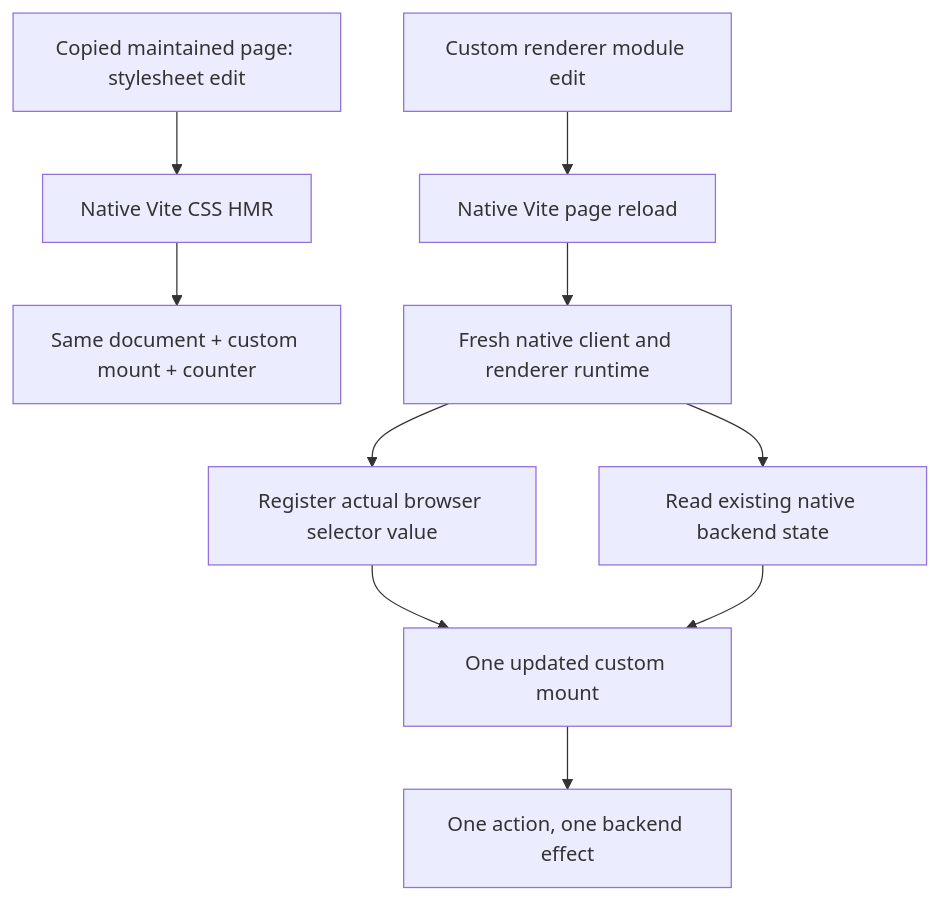
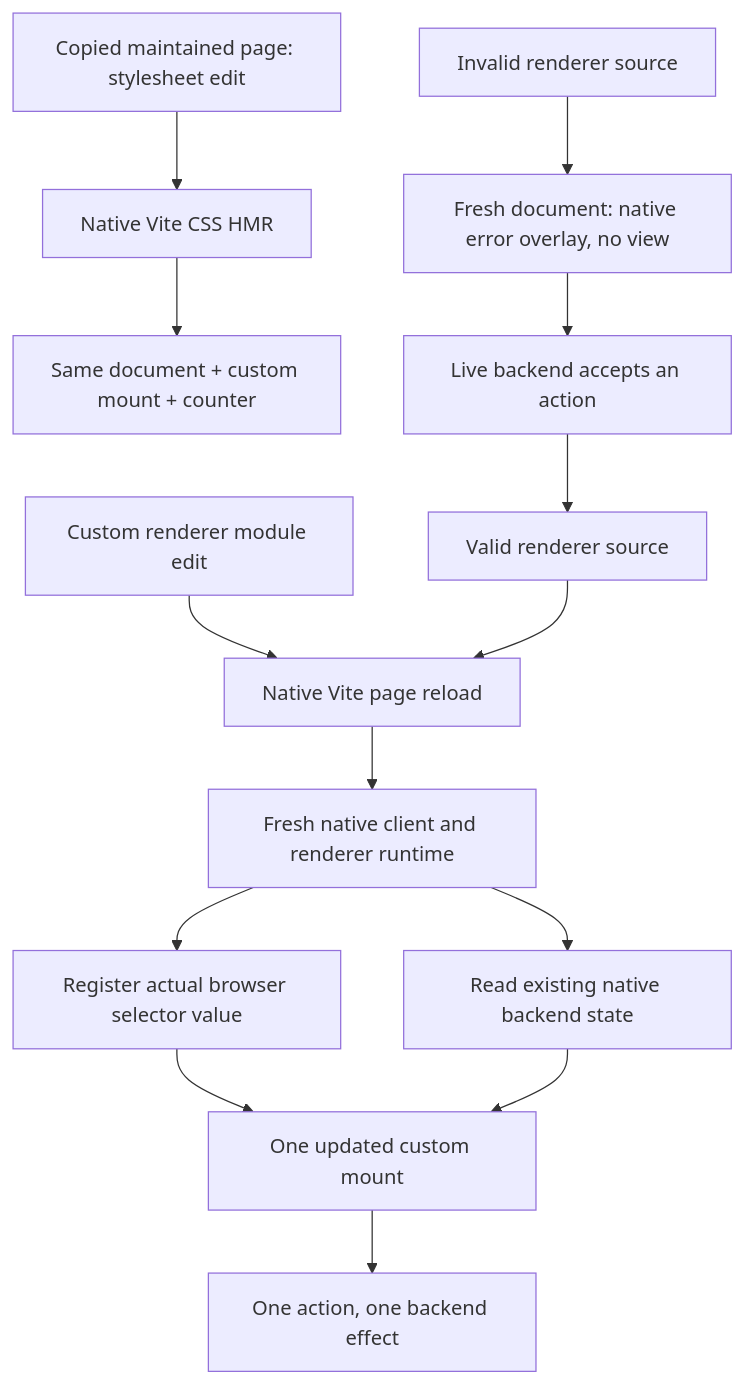
Before and after one commit to dvcol/devkit-extension: the diagram in docs/research/native-renderer-reload.md, drawn with Mermaid. The commit also changed other lines of this file and 8 other files, not shown here.

Commit message:
test(example): verify native renderer error recovery (#13)

````diff
--- a/docs/research/native-renderer-reload.md
+++ b/docs/research/native-renderer-reload.md
@@ -5,12 +5,16 @@
 ```mermaid
 flowchart TD
   CSS["Copied maintained page: stylesheet edit"] --> Hot["Native Vite CSS HMR"]
   Hot --> Same["Same document + custom mount + counter"]
   Renderer["Custom renderer module edit"] --> Reload["Native Vite page reload"]
+  Invalid["Invalid renderer source"] --> Failed["Fresh document: native error overlay, no view"]
+  Failed --> Backend["Live backend accepts an action"]
+  Backend --> Fixed["Valid renderer source"]
+  Fixed --> Reload
   Reload --> Client["Fresh native client and renderer runtime"]
   Client --> Selection["Register actual browser selector value"]
   Client --> State["Read existing native backend state"]
   Selection --> Mount["One updated custom mount"]
   State --> Mount
   Mount --> Action["One action, one backend effect"]
 ```
````
